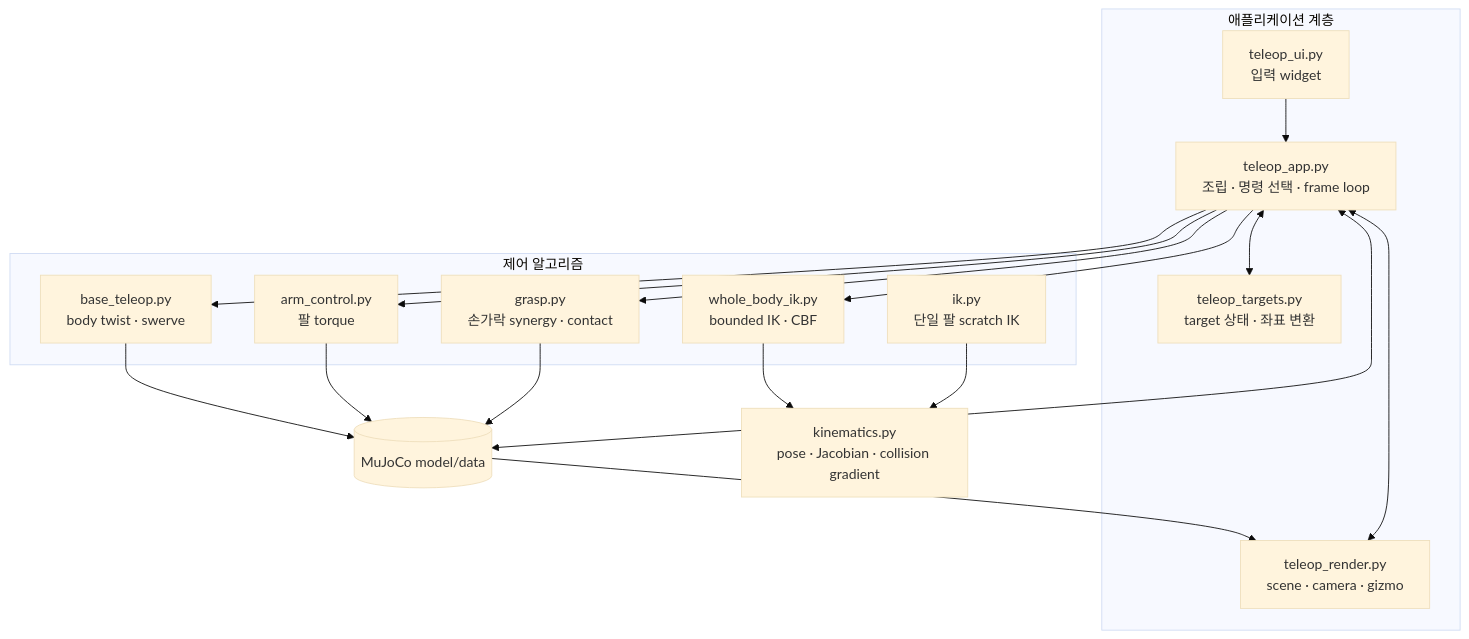
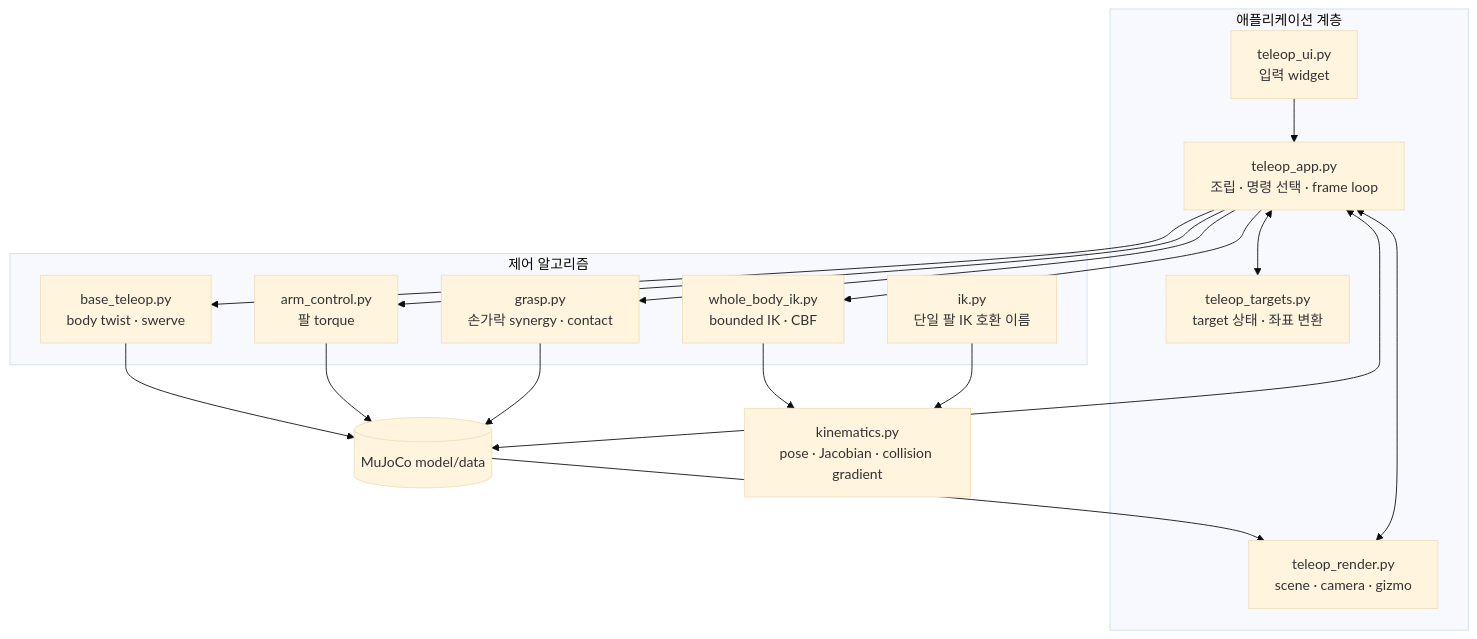
One commit to ggh-png/ffw-sh5-grasp changed the diagram in docs/guide/index.md. Above: the diagram before and after it, drawn with Mermaid (base theme). The commit also changed other lines of this file and 40 other files, not shown here.

````diff
--- a/docs/guide/index.md
+++ b/docs/guide/index.md
@@ -23,35 +23,35 @@
 ```mermaid
 flowchart TB
     subgraph App["애플리케이션 계층"]
         UI["teleop_ui.py<br>입력 widget"]
         RENDER["teleop_render.py<br>scene · camera · gizmo"]
         APP["teleop_app.py<br>조립 · 명령 선택 · frame loop"]
         TARGETS["teleop_targets.py<br>target 상태 · 좌표 변환"]
     end
 
     subgraph Control["제어 알고리즘"]
         WBIK["whole_body_ik.py<br>bounded IK · CBF"]
         BASE["base_teleop.py<br>body twist · swerve"]
         ARM["arm_control.py<br>팔 torque"]
         GRASP["grasp.py<br>손가락 synergy · contact"]
-        IK["ik.py<br>단일 팔 scratch IK"]
+        IK["ik.py<br>단일 팔 IK 호환 이름"]
     end
 
     KIN["kinematics.py<br>pose · Jacobian · collision gradient"]
     PHYS[("MuJoCo model/data")]
 
     UI --> APP
     RENDER <--> APP
     APP <--> TARGETS
     APP --> WBIK
     APP --> BASE
     APP --> ARM
     APP --> GRASP
     WBIK --> KIN
     IK --> KIN
     BASE --> PHYS
     ARM --> PHYS
     GRASP --> PHYS
     APP <--> PHYS
     PHYS --> RENDER
 ```
````
